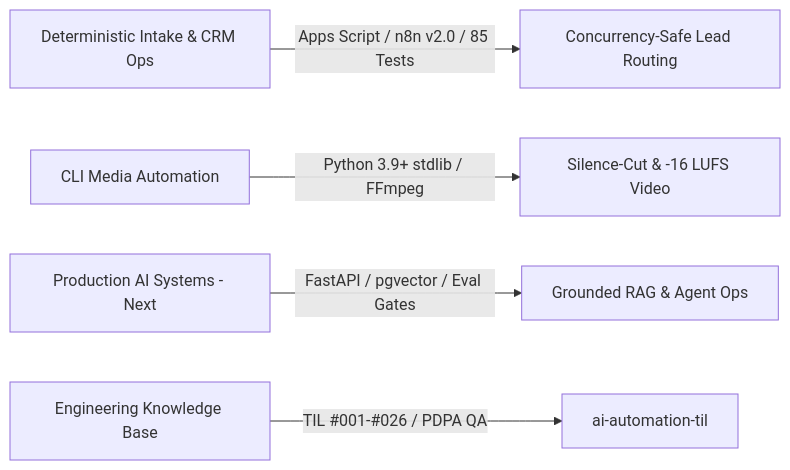
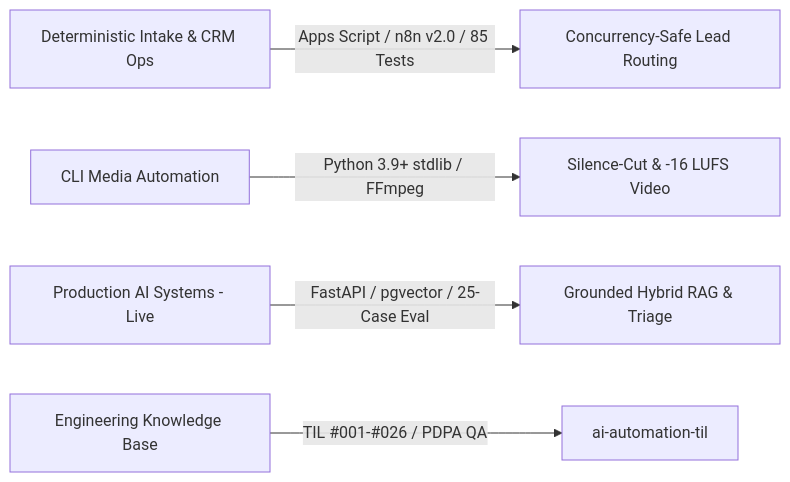
One commit to ApecSinlapachai/ApecSinlapachai changed the diagram in README.md. Above: the diagram before and after it, drawn with Mermaid. The commit also changed other lines of this file, not shown here.

Commit message:
docs: embed enterprise-rag-ops-copilot demo GIF and update live metrics

````diff
--- a/README.md
+++ b/README.md
@@ -42,7 +57,7 @@
 ```mermaid
 flowchart LR
     A[Deterministic Intake & CRM Ops] -->|Apps Script / n8n v2.0 / 85 Tests| B[Concurrency-Safe Lead Routing]
     C[CLI Media Automation] -->|Python 3.9+ stdlib / FFmpeg| D[Silence-Cut & -16 LUFS Video]
-    E[Production AI Systems - Next] -->|FastAPI / pgvector / Eval Gates| F[Grounded RAG & Agent Ops]
+    E[Production AI Systems - Live] -->|FastAPI / pgvector / 25-Case Eval| F[Grounded Hybrid RAG & Triage]
     G[Engineering Knowledge Base] -->|TIL #001-#026 / PDPA QA| H[ai-automation-til]
 ```
````
